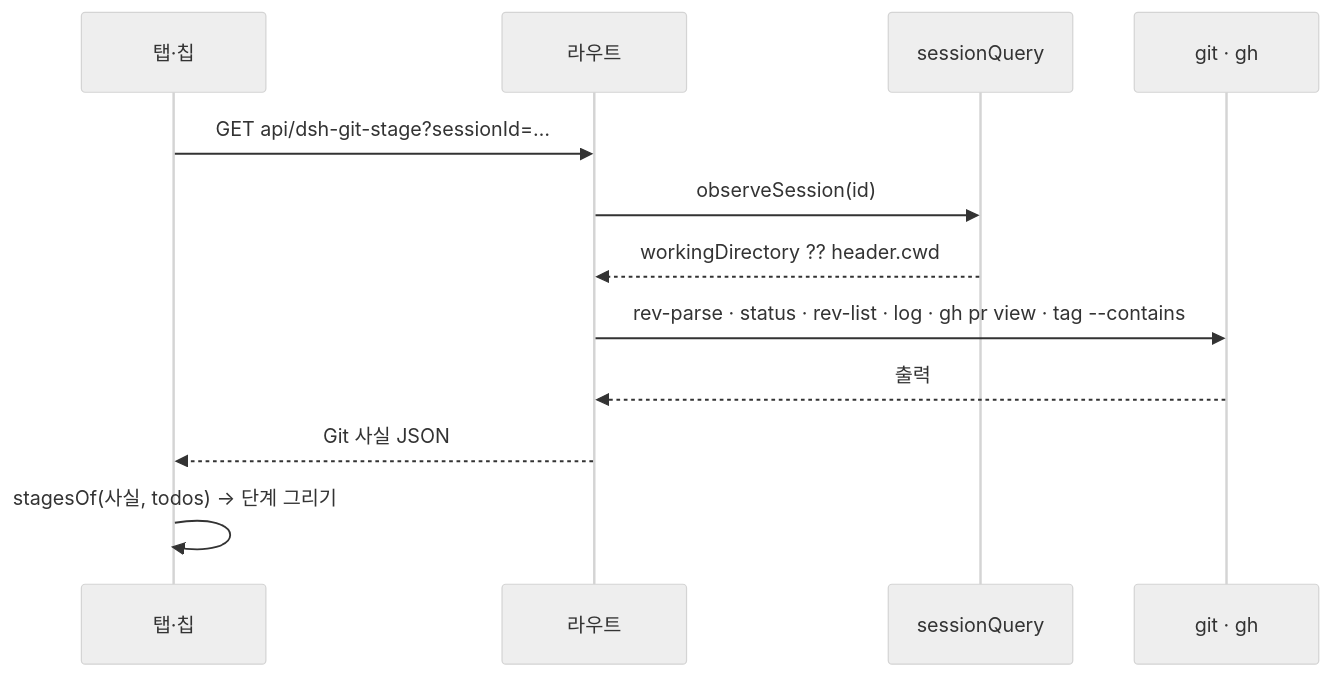
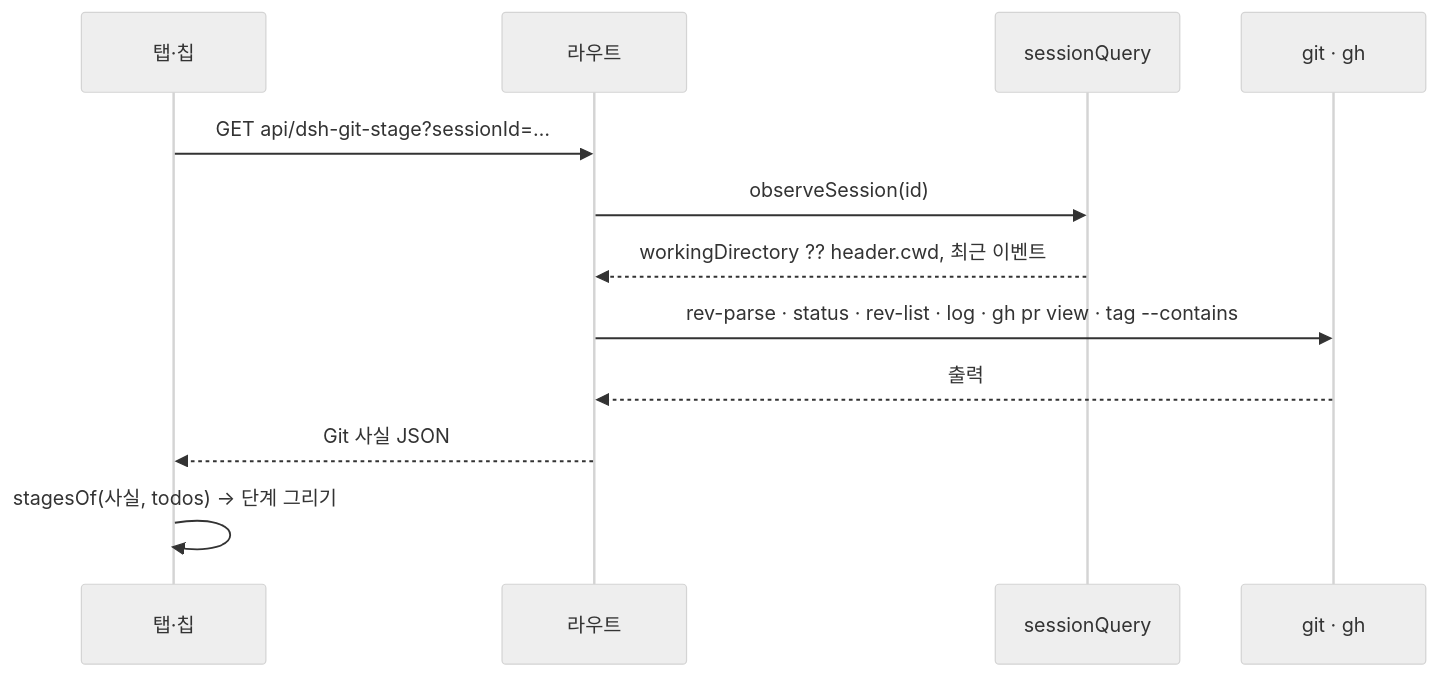
Before and after one commit to LYNGMN/dsh-korean: the second of 2 diagrams in plugins/git-stage/docs/architecture.md, drawn with Mermaid (neutral theme). The commit also changed other lines of this file and 37 other files, not shown here.

````diff
--- a/plugins/git-stage/docs/architecture.md
+++ b/plugins/git-stage/docs/architecture.md
@@ -54,14 +57,14 @@
 ```mermaid
 sequenceDiagram
   participant V as 탭·칩
   participant R as 라우트
   participant Q as sessionQuery
   participant G as git · gh
   V->>R: GET api/dsh-git-stage?sessionId=…
   R->>Q: observeSession(id)
-  Q-->>R: workingDirectory ?? header.cwd
+  Q-->>R: workingDirectory ?? header.cwd, 최근 이벤트
   R->>G: rev-parse · status · rev-list · log · gh pr view · tag --contains
   G-->>R: 출력
   R-->>V: Git 사실 JSON
   V->>V: stagesOf(사실, todos) → 단계 그리기
 ```
````
